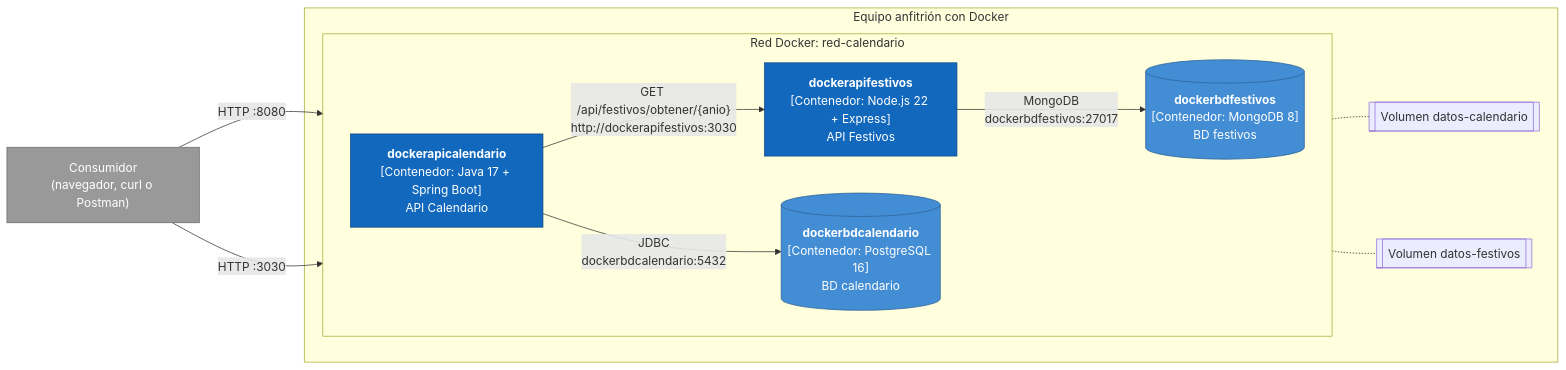
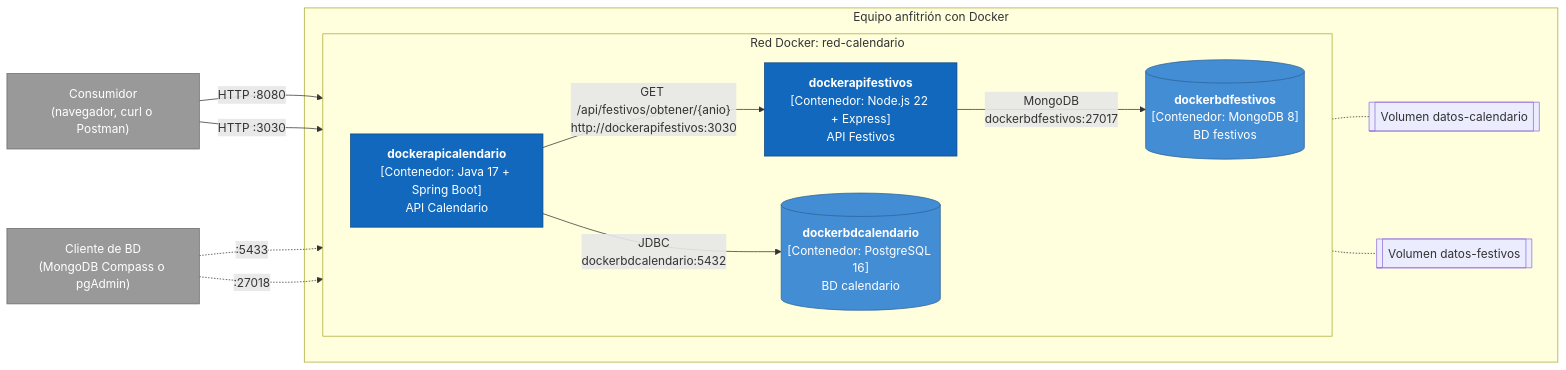
One commit to Agudelo-J-M/Entrega-final-ArquitecturaDeSoftwareII-ITM changed the diagram in README.md. Above: the diagram before and after it, drawn with Mermaid. The commit also changed other lines of this file and 13 other files, not shown here.

````diff
--- a/README.md
+++ b/README.md
@@ -34,31 +35,34 @@
 ```mermaid
 flowchart LR
     consumidor["Consumidor<br/>(navegador, curl o Postman)"]
+    clientebd["Cliente de BD<br/>(MongoDB Compass o pgAdmin)"]
 
     subgraph host["Equipo anfitrión con Docker"]
         subgraph red["Red Docker: red-calendario"]
             direction LR
             apicalendario["<b>dockerapicalendario</b><br/>[Contenedor: Java 17 + Spring Boot]<br/>API Calendario"]
             apifestivos["<b>dockerapifestivos</b><br/>[Contenedor: Node.js 22 + Express]<br/>API Festivos"]
             bdcalendario[("<b>dockerbdcalendario</b><br/>[Contenedor: PostgreSQL 16]<br/>BD calendario")]
             bdfestivos[("<b>dockerbdfestivos</b><br/>[Contenedor: MongoDB 8]<br/>BD festivos")]
         end
         volcal[["Volumen datos-calendario"]]
         volfes[["Volumen datos-festivos"]]
     end
 
     consumidor -- "HTTP :8080" --> apicalendario
     consumidor -- "HTTP :3030" --> apifestivos
+    clientebd -. ":5433" .-> bdcalendario
+    clientebd -. ":27018" .-> bdfestivos
     apicalendario -- "GET /api/festivos/obtener/{anio}<br/>http://dockerapifestivos:3030" --> apifestivos
     apicalendario -- "JDBC<br/>dockerbdcalendario:5432" --> bdcalendario
     apifestivos -- "MongoDB<br/>dockerbdfestivos:27017" --> bdfestivos
     bdcalendario -.- volcal
     bdfestivos -.- volfes
 
     classDef contenedor fill:#1168bd,stroke:#0b4884,color:#ffffff
     classDef basedatos fill:#438dd5,stroke:#2e6295,color:#ffffff
     classDef externo fill:#999999,stroke:#6b6b6b,color:#ffffff
     class apicalendario,apifestivos contenedor
     class bdcalendario,bdfestivos basedatos
-    class consumidor externo
+    class consumidor,clientebd externo
 ```
````
